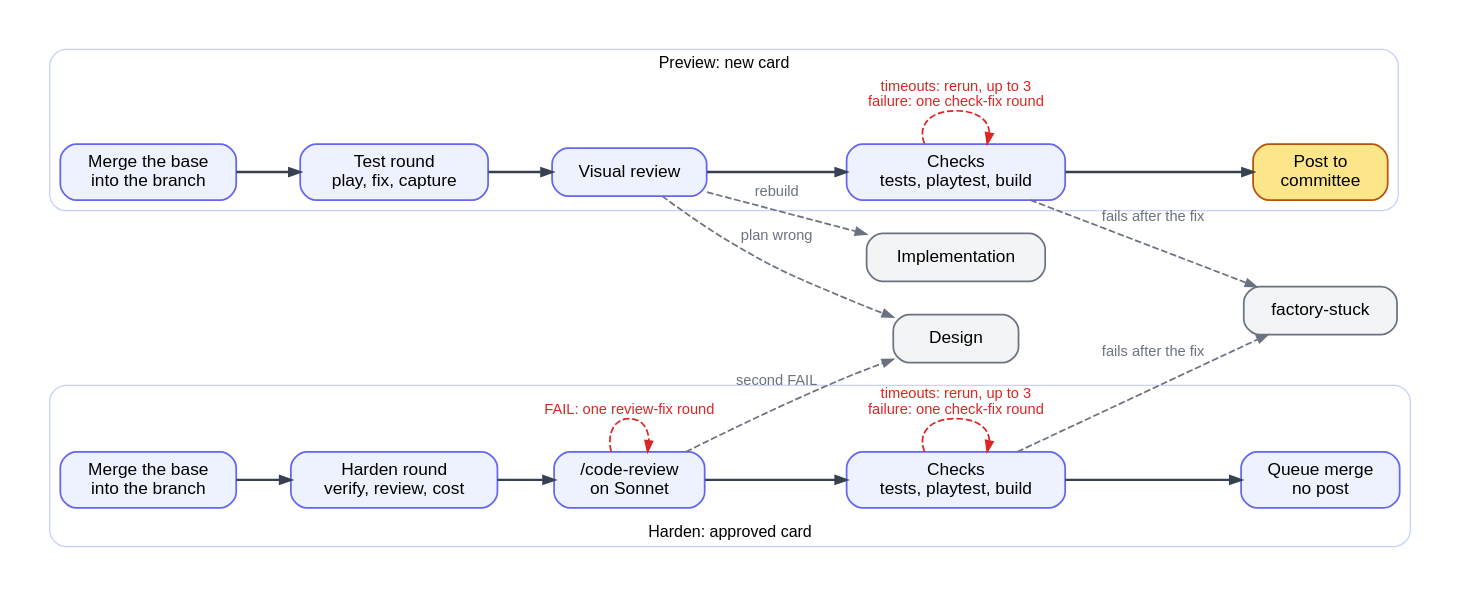
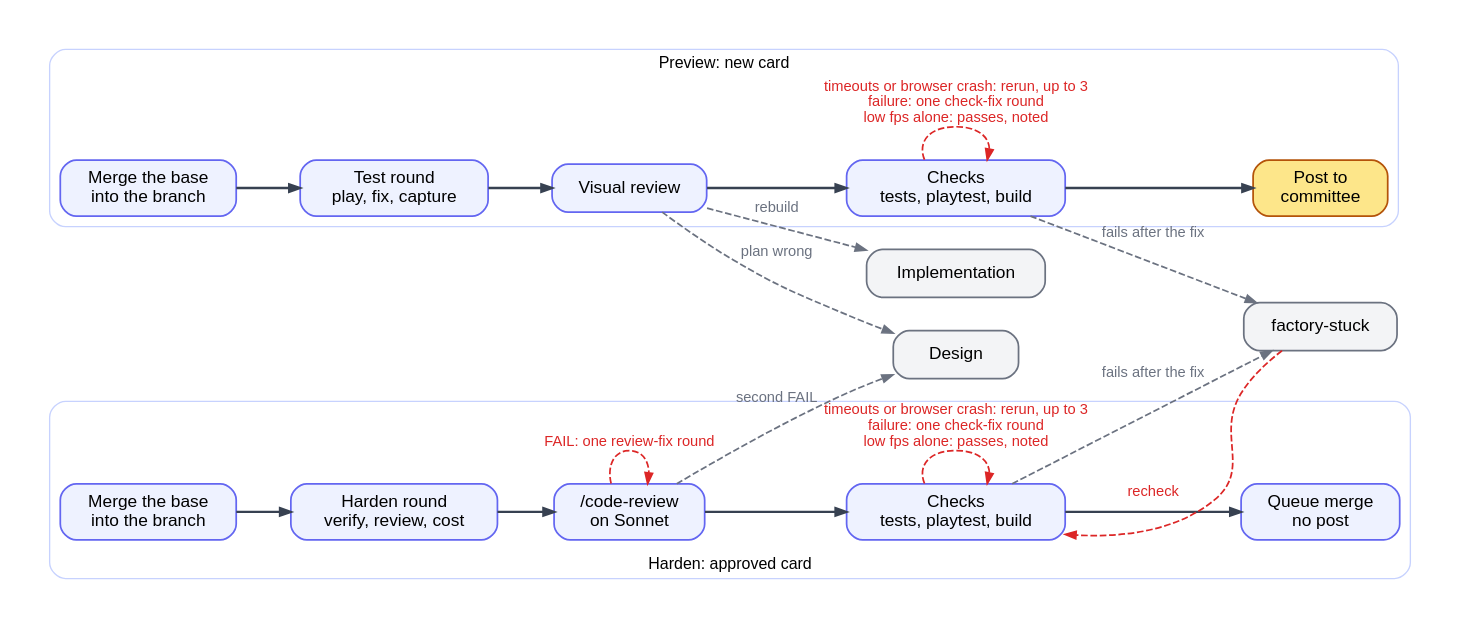
One commit to btseytlin/road-machiners changed the diagram in factory/docs/diagrams/testing.dot. Above: the diagram before and after it, drawn with Graphviz. The commit also changed 6 other files, not shown here.

Commit message:
Factory docs: advisory frame rate, browser-crash reruns and the recheck route

```diff
--- a/factory/docs/diagrams/testing.dot
+++ b/factory/docs/diagrams/testing.dot
@@ -1,31 +1,32 @@
 // Testing column. Two lines: preview before the committee plays, harden after it approves. Red: loops back. Grey: leaves Testing.
 digraph testing {
   rankdir=LR; nodesep=0.35; ranksep=0.55; bgcolor=white; pad=0.3;
   node [shape=box, style="rounded,filled", fillcolor="#eef2ff", color="#6366f1", fontname="Helvetica", fontsize=13, margin="0.2,0.1", penwidth=1.3, width=1.3];
   edge [color="#374151", penwidth=1.8, arrowsize=0.8, fontname="Helvetica", fontsize=11];
   subgraph cluster_preview {
     label="Preview: new card"; fontname="Helvetica"; fontsize=12; color="#c7d2fe"; style=rounded;
     PM [label="Merge the base\ninto the branch"]; PT [label="Test round\nplay, fix, capture"]; PV [label="Visual review"];
     PC [label="Checks\ntests, playtest, build"]; PP [label="Post to\ncommittee", fillcolor="#fde68a", color="#b45309"];
     PM -> PT -> PV -> PC -> PP [weight=100];
   }
   subgraph cluster_harden {
     label="Harden: approved card"; labelloc=b; fontname="Helvetica"; fontsize=12; color="#c7d2fe"; style=rounded;
     HM [label="Merge the base\ninto the branch"]; HH [label="Harden round\nverify, review, cost"]; HR [label="/code-review\non Sonnet"];
     HC [label="Checks\ntests, playtest, build"]; HQ [label="Queue merge\nno post"];
     HM -> HH -> HR -> HC -> HQ [weight=100];
   }
   XI [label="Implementation", fillcolor="#f3f4f6", color="#6b7280"];
   XD [label="Design", fillcolor="#f3f4f6", color="#6b7280"];
   XS [label="factory-stuck", fillcolor="#f3f4f6", color="#6b7280"];
   edge [color="#dc2626", fontcolor="#dc2626", style=dashed, penwidth=1.3];
-  PC -> PC [label="timeouts: rerun, up to 3\nfailure: one check-fix round"];
-  HC -> HC [label="timeouts: rerun, up to 3\nfailure: one check-fix round"];
+  PC -> PC [label="timeouts or browser crash: rerun, up to 3\nfailure: one check-fix round\nlow fps alone: passes, noted"];
+  HC -> HC [label="timeouts or browser crash: rerun, up to 3\nfailure: one check-fix round\nlow fps alone: passes, noted"];
+  XS -> HC [label="recheck", constraint=false];
   HR -> HR [label="FAIL: one review-fix round"];
   edge [color="#6b7280", fontcolor="#6b7280"];
   PV -> XI [label="rebuild"];
   PV -> XD [label="plan wrong"];
   HR -> XD [label="second FAIL"];
   PC -> XS [label="fails after the fix"];
   HC -> XS [label="fails after the fix"];
 }
```
